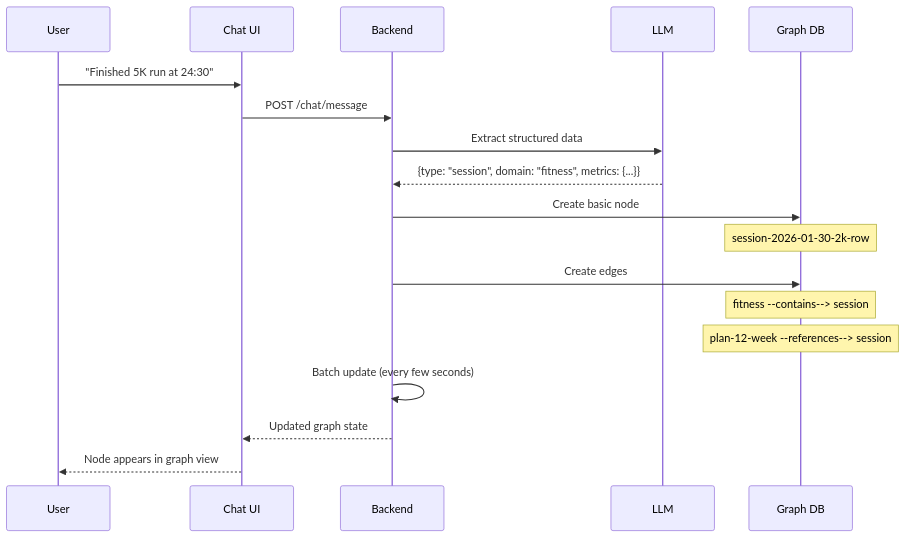
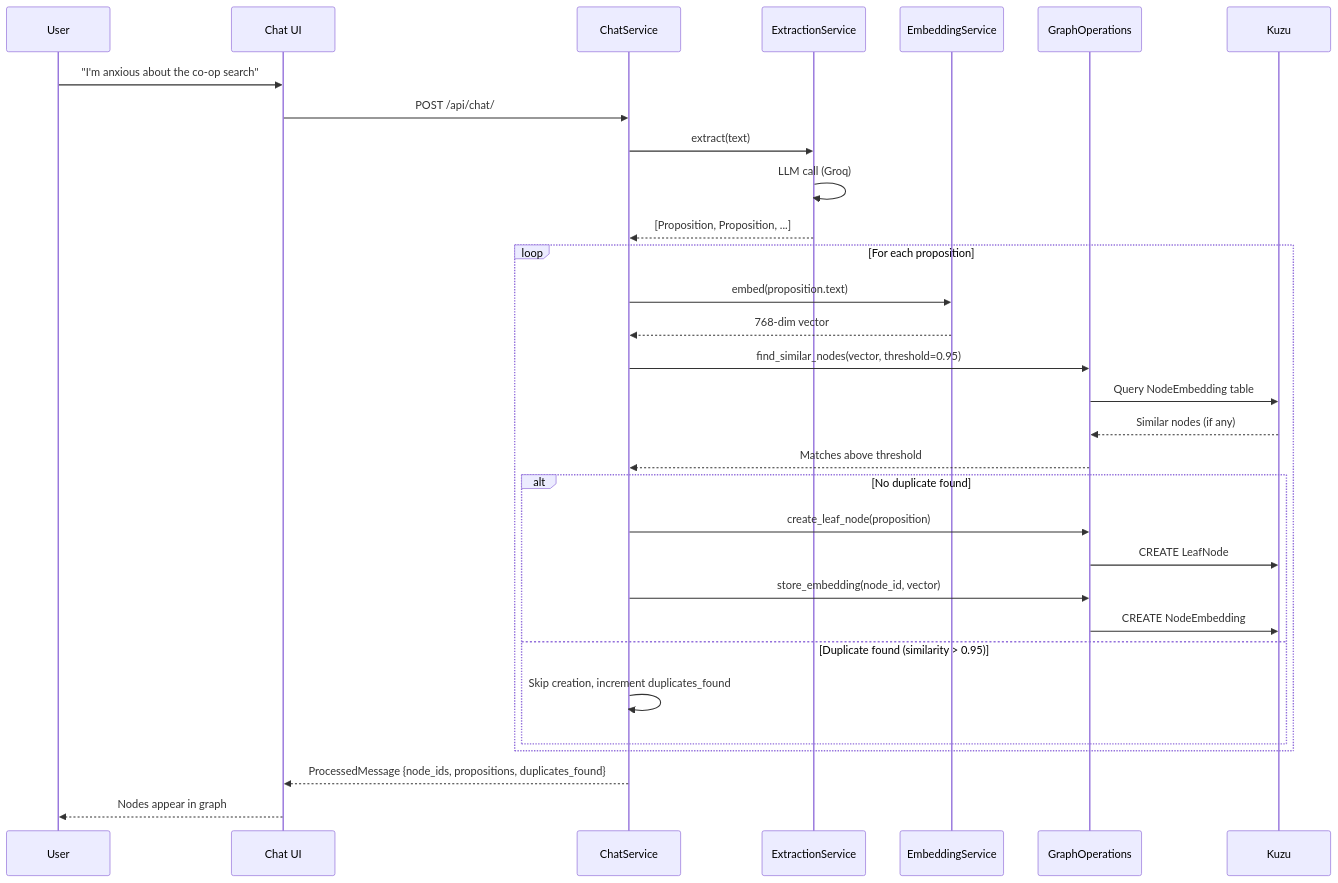
The fifth of 6 diagrams in docs/ARCHITECTURE_DIAGRAMS.md (jmin1219/voku), drawn with Mermaid before and after one commit. The commit also changed other lines of this file and 2 other files, not shown here.

````diff
--- a/docs/ARCHITECTURE_DIAGRAMS.md
+++ b/docs/ARCHITECTURE_DIAGRAMS.md
@@ -198,24 +202,37 @@
 ```mermaid
 sequenceDiagram
     participant U as User
     participant C as Chat UI
-    participant B as Backend
-    participant L as LLM
-    participant G as Graph DB
-    
-    U->>C: "Finished 5K run at 24:30"
-    C->>B: POST /chat/message
-    B->>L: Extract structured data
-    L-->>B: {type: "session", domain: "fitness", metrics: {...}}
-    
-    B->>G: Create basic node
-    Note over G: session-2026-01-30-2k-row
-    
-    B->>G: Create edges
-    Note over G: fitness --contains--> session
-    Note over G: plan-12-week --references--> session
-    
-    B->>B: Batch update (every few seconds)
-    B-->>C: Updated graph state
-    C-->>U: Node appears in graph view
+    participant B as ChatService
+    participant L as ExtractionService
+    participant E as EmbeddingService
+    participant G as GraphOperations
+    participant K as Kuzu
+
+    U->>C: "I'm anxious about the co-op search"
+    C->>B: POST /api/chat/
+    B->>L: extract(text)
+    L->>L: LLM call (Groq)
+    L-->>B: [Proposition, Proposition, ...]
+
+    loop For each proposition
+        B->>E: embed(proposition.text)
+        E-->>B: 768-dim vector
+        B->>G: find_similar_nodes(vector, threshold=0.95)
+        G->>K: Query NodeEmbedding table
+        K-->>G: Similar nodes (if any)
+        G-->>B: Matches above threshold
+
+        alt No duplicate found
+            B->>G: create_leaf_node(proposition)
+            G->>K: CREATE LeafNode
+            B->>G: store_embedding(node_id, vector)
+            G->>K: CREATE NodeEmbedding
+        else Duplicate found (similarity > 0.95)
+            B->>B: Skip creation, increment duplicates_found
+        end
+    end
+
+    B-->>C: ProcessedMessage {node_ids, propositions, duplicates_found}
+    C-->>U: Nodes appear in graph
 ```
````
